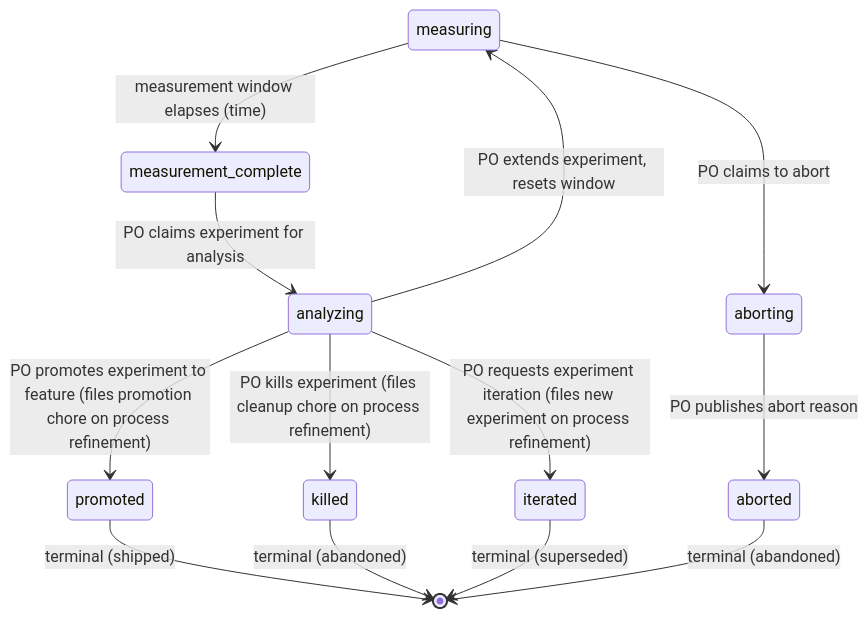
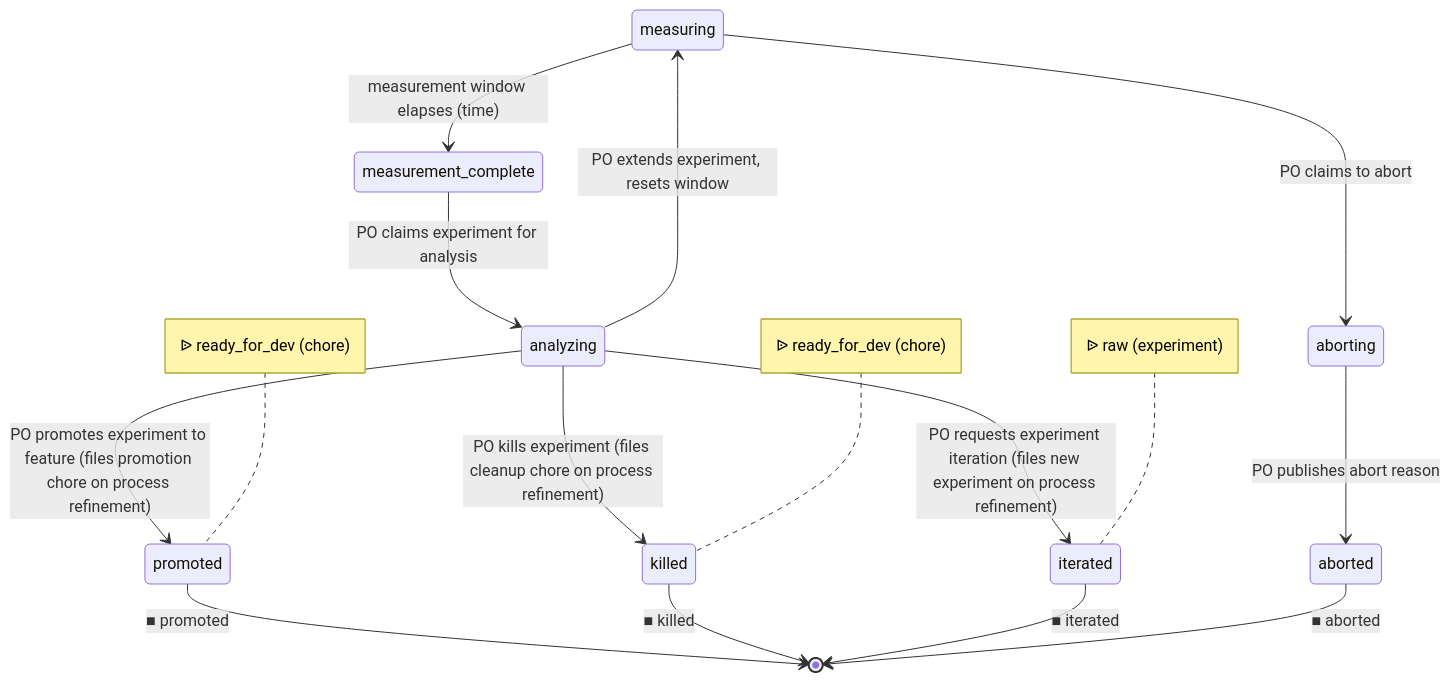
One commit to blemees/blemees-workflow changed the diagram in examples/workflows/experimentation.md. Above: the diagram before and after it, drawn with Mermaid. The commit also changed other lines of this file and 28 other files, not shown here.

````diff
--- a/examples/workflows/experimentation.md
+++ b/examples/workflows/experimentation.md
@@ -13,23 +13,33 @@
 ```mermaid
 stateDiagram-v2
     direction TB
     %% Cross-process interfaces:
     %%   Handoff: measuring (shared resting state)
     %%   Spawn:   promoted → process inner-loop (issue_type=chore, initial=ready_for_dev)
     %%   Spawn:   killed → process inner-loop (issue_type=chore, initial=ready_for_dev)
     %%   Spawn:   iterated → process (derived from initial_state) (issue_type=experiment, initial=raw)
     %%
 
     measuring --> measurement_complete: measurement window elapses (time)
     measuring --> aborting: PO claims to abort
     aborting --> aborted: PO publishes abort reason
     measurement_complete --> analyzing: PO claims experiment for analysis
     analyzing --> measuring: PO extends experiment, resets window
     analyzing --> promoted: PO promotes experiment to feature (files promotion chore on process refinement)
     analyzing --> killed: PO kills experiment (files cleanup chore on process refinement)
     analyzing --> iterated: PO requests experiment iteration (files new experiment on process refinement)
-    promoted --> [*]: terminal (shipped)
-    killed --> [*]: terminal (abandoned)
-    iterated --> [*]: terminal (superseded)
-    aborted --> [*]: terminal (abandoned)
+    promoted --> [*]: ■ promoted
+    killed --> [*]: ■ killed
+    iterated --> [*]: ■ iterated
+    aborted --> [*]: ■ aborted
+
+    note left of promoted
+        ᐉ ready_for_dev (chore)
+    end note
+    note left of killed
+        ᐉ ready_for_dev (chore)
+    end note
+    note left of iterated
+        ᐉ raw (experiment)
+    end note
 ```
````
